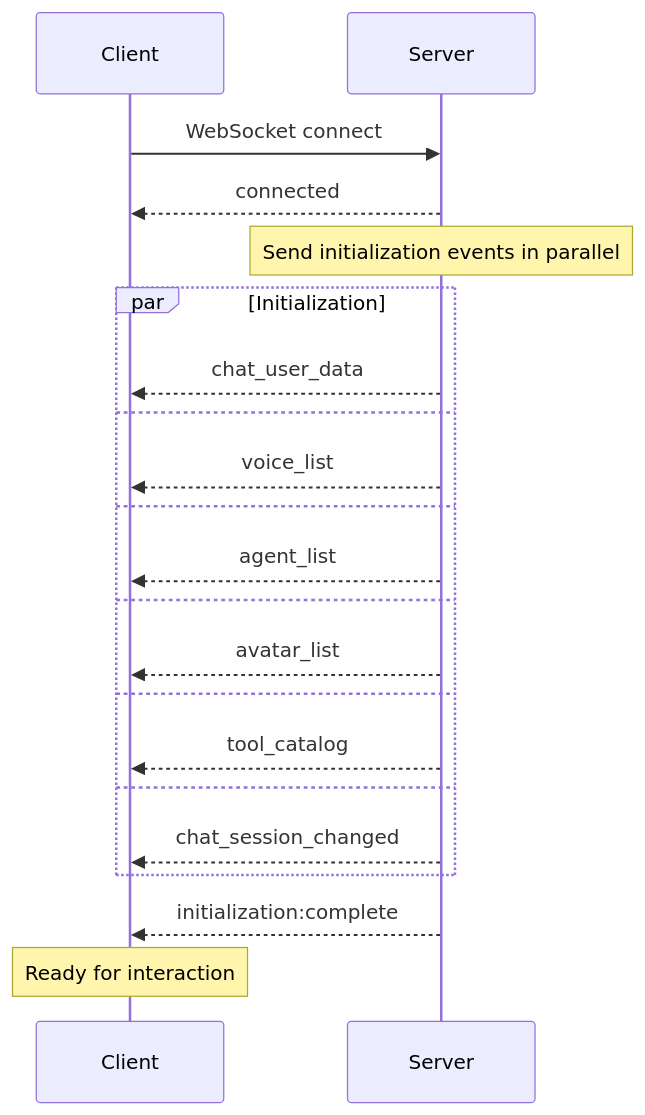
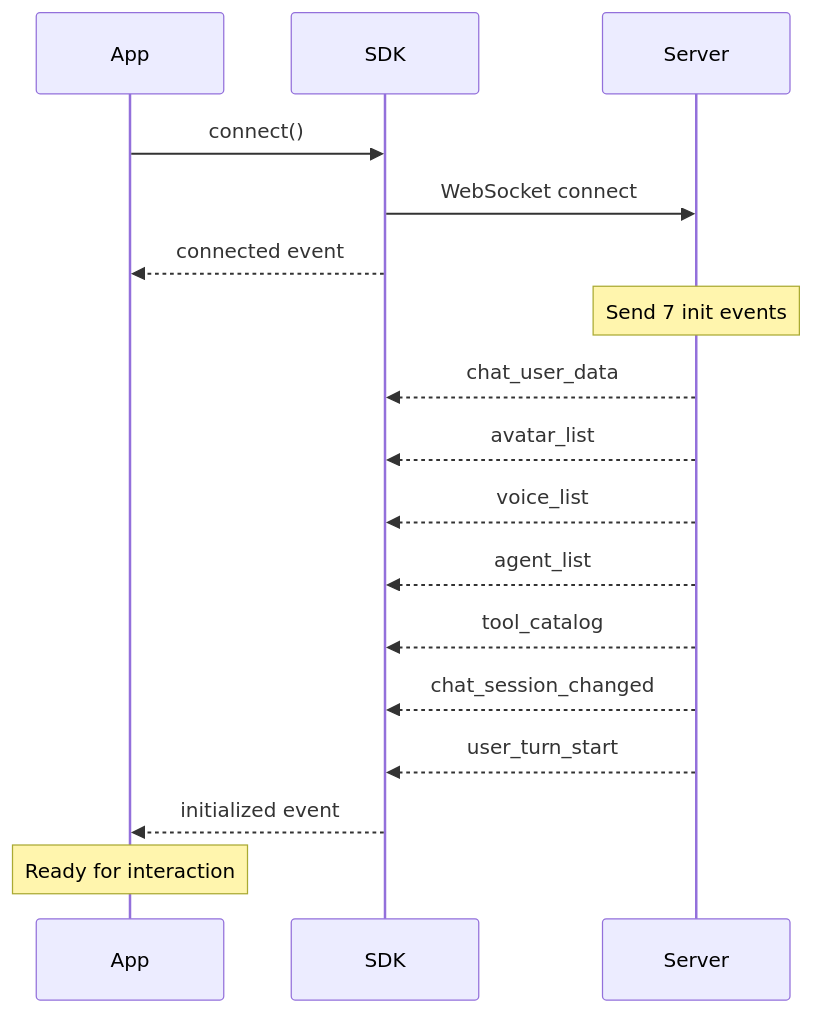
Before and after one commit to ebooth1202/agent_c_framework: the first of 2 diagrams in src/realtime_client/docs/api-reference/core/events.md, drawn with Mermaid. The commit also changed other lines of this file and 23 other files, not shown here.

Commit message:
Enhance tool_context with client_wants_cancel and improve audio processing tests

````diff
--- a/src/realtime_client/docs/api-reference/core/events.md
+++ b/src/realtime_client/docs/api-reference/core/events.md
@@ -248,28 +291,22 @@
 ```mermaid
 sequenceDiagram
-    participant Client
+    participant App
+    participant SDK
     participant Server
     
-    Client->>Server: WebSocket connect
-    Server-->>Client: connected
+    App->>SDK: connect()
+    SDK->>Server: WebSocket connect
+    SDK-->>App: connected event
     
-    Note over Server: Send initialization events in parallel
+    Note over Server: Send 7 init events
+    Server-->>SDK: chat_user_data
+    Server-->>SDK: avatar_list
+    Server-->>SDK: voice_list
+    Server-->>SDK: agent_list
+    Server-->>SDK: tool_catalog
+    Server-->>SDK: chat_session_changed
+    Server-->>SDK: user_turn_start
     
-    par Initialization
-        Server-->>Client: chat_user_data
-    and
-        Server-->>Client: voice_list
-    and
-        Server-->>Client: agent_list
-    and
-        Server-->>Client: avatar_list
-    and
-        Server-->>Client: tool_catalog
-    and
-        Server-->>Client: chat_session_changed
-    end
-    
-    Server-->>Client: initialization:complete
-    
-    Note over Client: Ready for interaction
+    SDK-->>App: initialized event
+    Note over App: Ready for interaction
 ```
````
